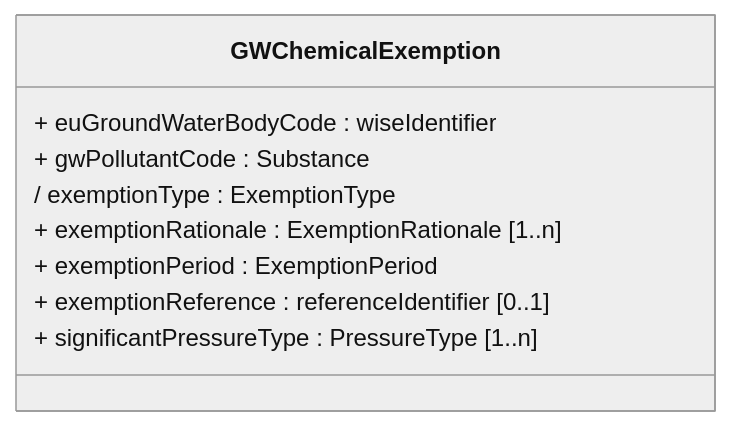
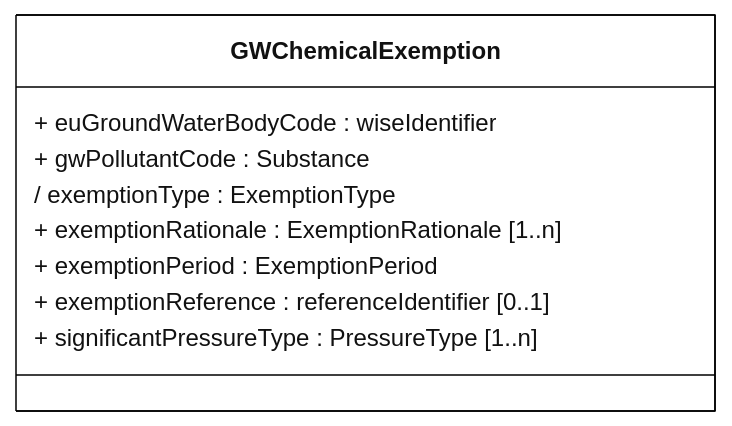
One commit to eeadata/WISE.WFD.Documentation changed the diagram in docs/DataModelReview/mmd/Exemptions_4thCycle_GWChemicalExemption_ClassDiagram.mmd. Above: the diagram before and after it, drawn with Mermaid. The commit also changed 17 other files, not shown here.

Commit message:
Revised diagrams

```diff
--- a/docs/DataModelReview/mmd/Exemptions_4thCycle_GWChemicalExemption_ClassDiagram.mmd
+++ b/docs/DataModelReview/mmd/Exemptions_4thCycle_GWChemicalExemption_ClassDiagram.mmd
@@ -1,11 +1,20 @@
-%%{init: {'theme': 'neutral'}}%%
+---
+config:
+  class:
+    hideEmptyMembersBox: true
+  layout: dagre
+  theme: neutral
+---
 classDiagram
 class GWChemicalExemption{
 	+ euGroundWaterBodyCode : wiseIdentifier
 	+ gwPollutantCode : Substance
 	/ exemptionType : ExemptionType
 	+ exemptionRationale : ExemptionRationale [1..n]
 	+ exemptionPeriod : ExemptionPeriod
 	+ exemptionReference : referenceIdentifier [0..1]
 	+ significantPressureType : PressureType [1..n]
 }
+
+classDef default fill:white,stroke:#000;
+classDef forFixing fill:white,stroke:#f00;
```
